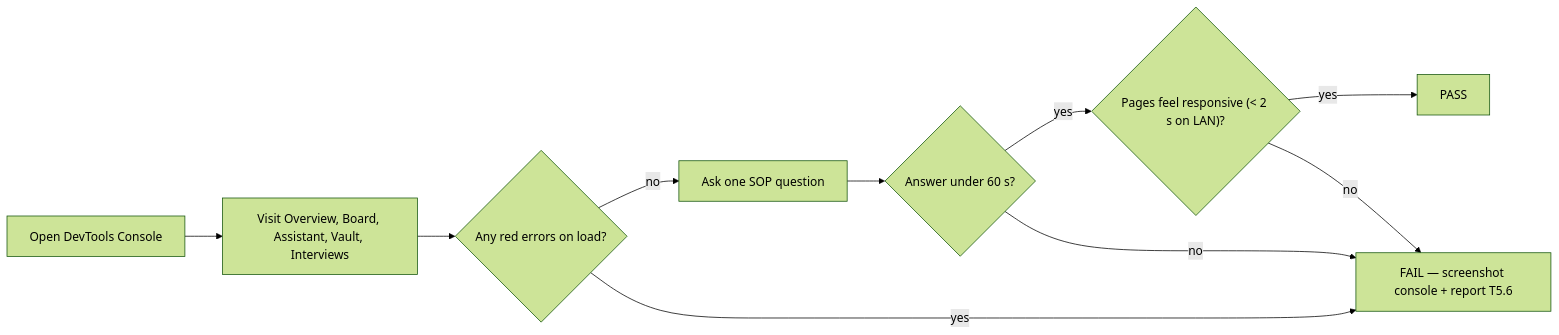
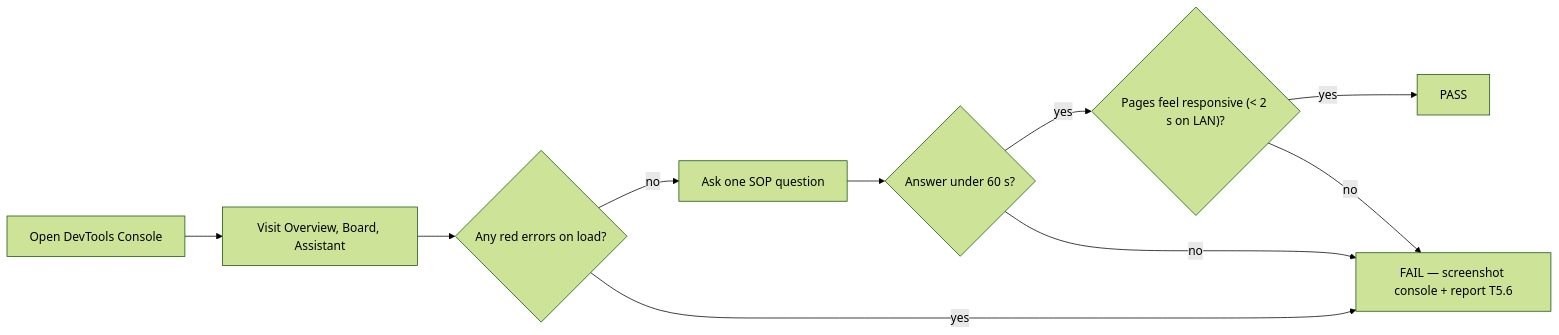
Before and after one commit to DeepxD-code/LeadDesk: diagram 25 of 25 in docs/TESTER_GUIDE.md, drawn with Mermaid (forest theme). The commit also changed other lines of this file and 3 other files, not shown here.

````diff
--- a/docs/TESTER_GUIDE.md
+++ b/docs/TESTER_GUIDE.md
@@ -1556,12 +980,12 @@
 ```mermaid
 flowchart LR
-  A["Open DevTools Console"] --> B["Visit Overview, Board, Assistant, Vault, Interviews"]
+  A["Open DevTools Console"] --> B["Visit Overview, Board, Assistant"]
   B --> C{"Any red errors on load?"}
   C -->|no| D["Ask one SOP question"]
   C -->|yes| X["FAIL — screenshot console + report T5.6"]
   D --> E{"Answer under 60 s?"}
   E -->|yes| F{"Pages feel responsive (< 2 s on LAN)?"}
   F -->|yes| P[PASS]
   F -->|no| X
   E -->|no| X
 ```
````
